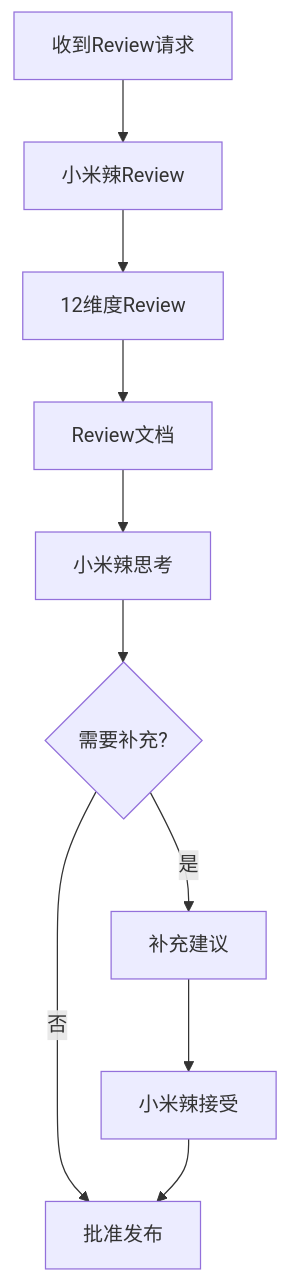
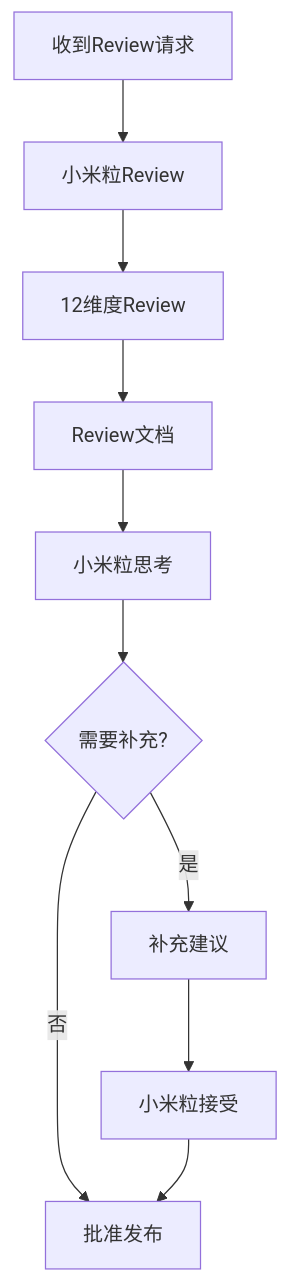
Before and after one commit to zhaog100/openclaw-skills: the fourth of 6 diagrams in docs/archive/双米粒/DUAL_MILI_SYSTEM_V3_INTEGRATED.md, drawn with Mermaid. The commit also changed other lines of this file and 461 other files, not shown here.

````diff
--- a/docs/archive/双米粒/DUAL_MILI_SYSTEM_V3_INTEGRATED.md
+++ b/docs/archive/双米粒/DUAL_MILI_SYSTEM_V3_INTEGRATED.md
@@ -158,12 +158,12 @@
 ```mermaid
 graph TB
-    A[收到Review请求] --> B[小米辣Review]
+    A[收到Review请求] --> B[小米粒Review]
     B --> C[12维度Review]
     C --> D[Review文档]
-    D --> E[小米辣思考]
+    D --> E[小米粒思考]
     E --> F{需要补充?}
     F -->|是| G[补充建议]
     F -->|否| H[批准发布]
-    G --> I[小米辣接受]
+    G --> I[小米粒接受]
     I --> H
 ```
````
